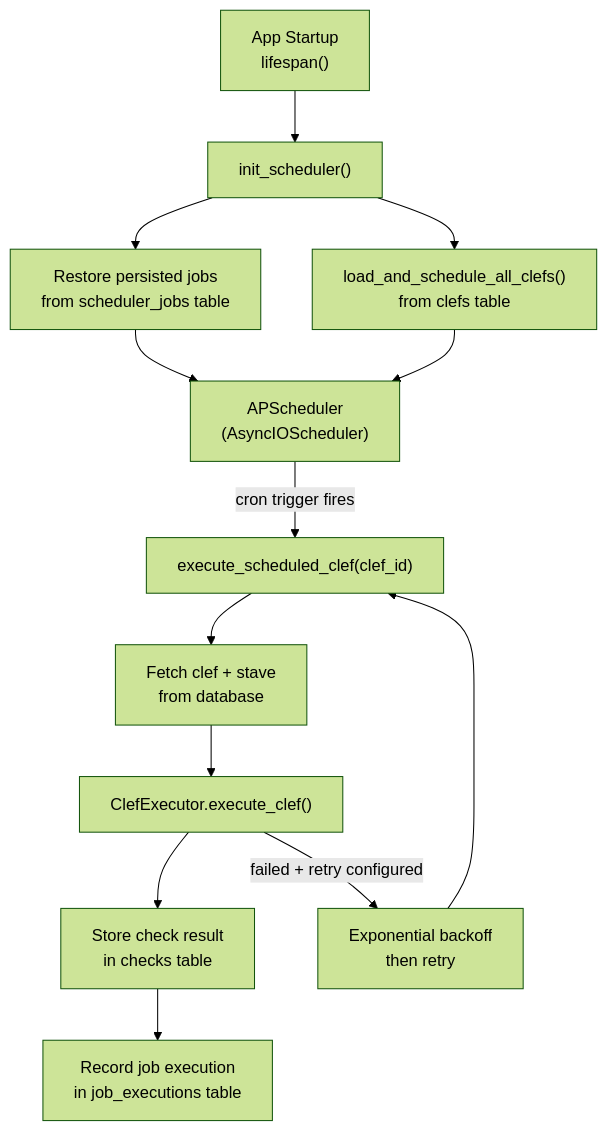
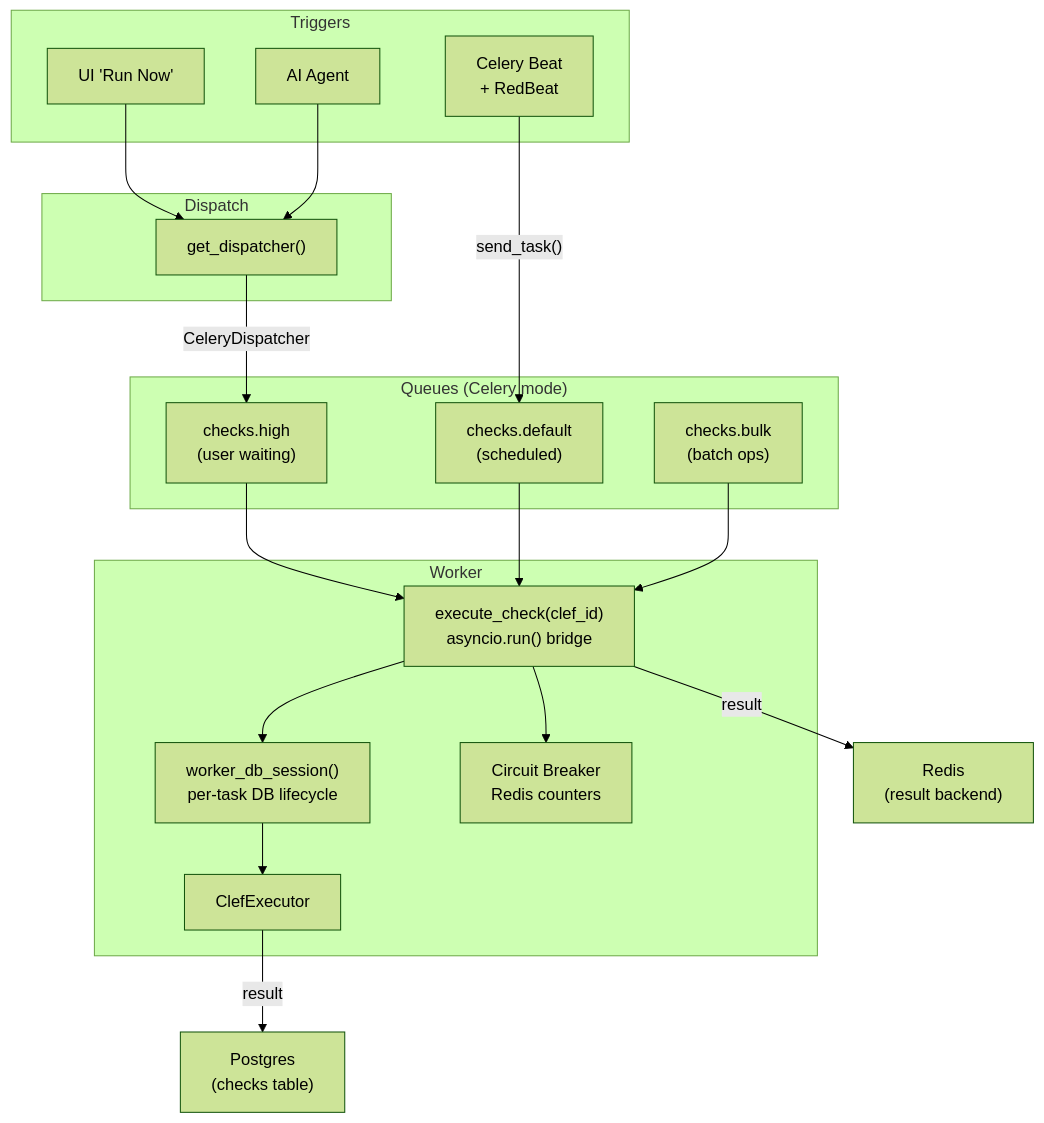
Before and after one commit to TheDataMaestros/datametronome: the sixth of 9 diagrams in docs/architecture.md, drawn with Mermaid (forest theme). The commit also changed other lines of this file, not shown here.

Commit message:
docs: update architecture.md with worker architecture, remove APScheduler references

````diff
--- a/docs/architecture.md
+++ b/docs/architecture.md
@@ -451,18 +484,39 @@
 ```mermaid
 flowchart TD
-    STARTUP["App Startup<br/>lifespan()"] --> INIT["init_scheduler()"]
-    INIT --> RESTORE["Restore persisted jobs<br/>from scheduler_jobs table"]
-    INIT --> LOAD["load_and_schedule_all_clefs()<br/>from clefs table"]
+    subgraph "Triggers"
+        UI["UI 'Run Now'"]
+        AGENT["AI Agent"]
+        BEAT["Celery Beat<br/>+ RedBeat"]
+    end
 
-    RESTORE --> APS["APScheduler<br/>(AsyncIOScheduler)"]
-    LOAD --> APS
+    subgraph "Dispatch"
+        DF["get_dispatcher()"]
+        UI --> DF
+        AGENT --> DF
+    end
 
-    APS -->|"cron trigger fires"| EXEC["execute_scheduled_clef(clef_id)"]
-    EXEC --> FETCH["Fetch clef + stave<br/>from database"]
-    FETCH --> RUNNER["ClefExecutor.execute_clef()"]
-    RUNNER --> STORE["Store check result<br/>in checks table"]
-    STORE --> RECORD["Record job execution<br/>in job_executions table"]
+    subgraph "Queues (Celery mode)"
+        HIGH["checks.high<br/>(user waiting)"]
+        DEFAULT["checks.default<br/>(scheduled)"]
+        BULK["checks.bulk<br/>(batch ops)"]
+    end
 
-    RUNNER -->|"failed + retry configured"| RETRY["Exponential backoff<br/>then retry"]
-    RETRY --> EXEC
+    DF -->|"CeleryDispatcher"| HIGH
+    BEAT -->|"send_task()"| DEFAULT
+
+    subgraph "Worker"
+        TASK["execute_check(clef_id)<br/>asyncio.run() bridge"]
+        WDB["worker_db_session()<br/>per-task DB lifecycle"]
+        EXEC["ClefExecutor"]
+        CB["Circuit Breaker<br/>Redis counters"]
+    end
+
+    HIGH --> TASK
+    DEFAULT --> TASK
+    BULK --> TASK
+    TASK --> WDB --> EXEC
+    TASK --> CB
+
+    EXEC -->|result| PG["Postgres<br/>(checks table)"]
+    TASK -->|result| REDIS["Redis<br/>(result backend)"]
 ```
````
